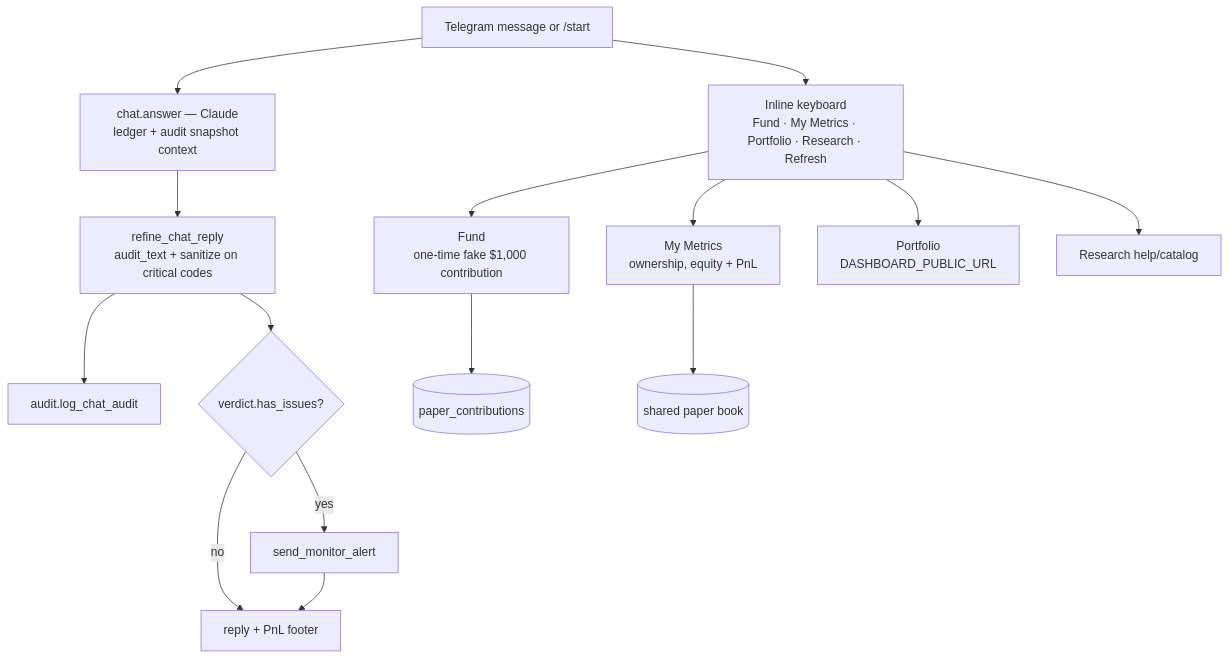
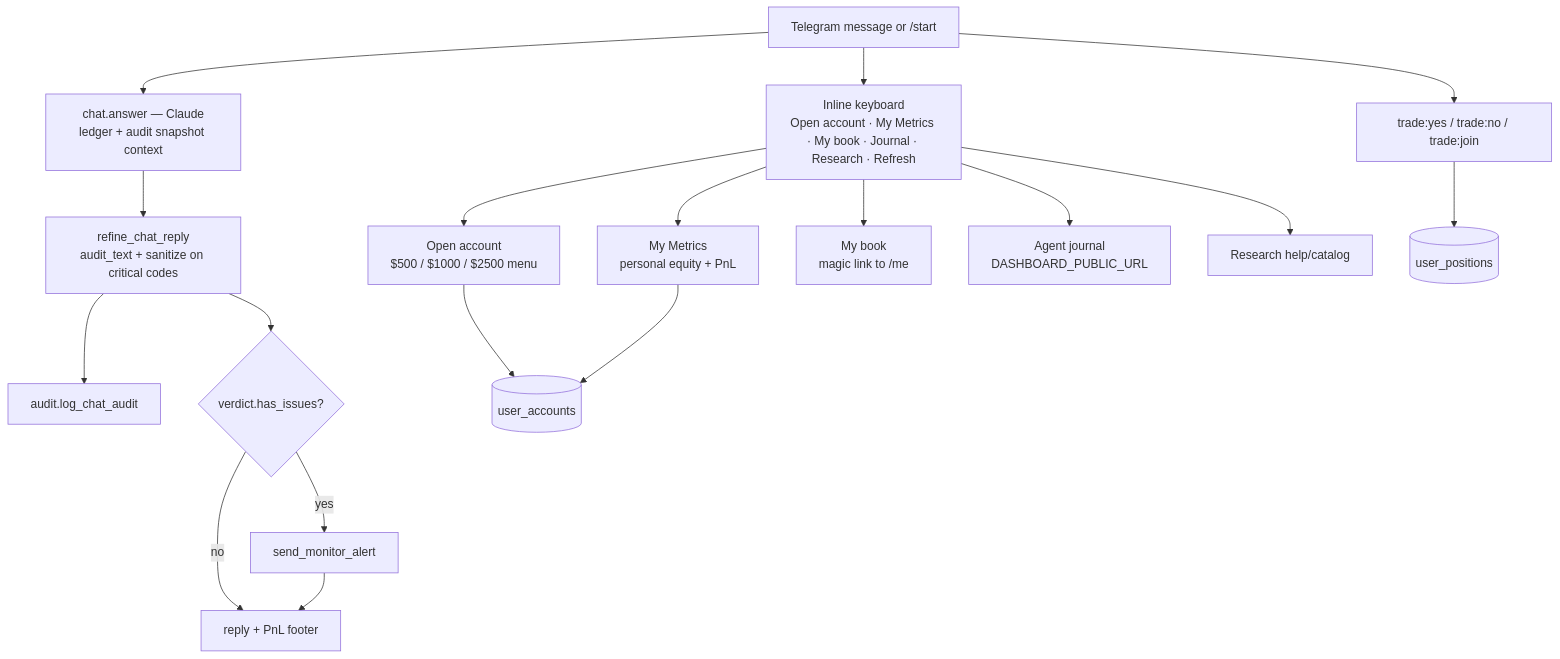
Before and after one commit to abagui11/eth-trading-bot: the fifth of 6 diagrams in deploy/PROJECT_STATE.md, drawn with Mermaid. The commit also changed other lines of this file and 37 other files, not shown here.

First line of the commit message:
Ship personal books, history vault SFP research, and ETH Z-Move alerts.

````diff
--- a/deploy/PROJECT_STATE.md
+++ b/deploy/PROJECT_STATE.md
@@ -173,17 +179,20 @@
 ```mermaid
 flowchart TD
-    TG[Telegram message or /start] --> KB[Inline keyboard<br/>Fund · My Metrics · Portfolio · Research · Refresh]
+    TG[Telegram message or /start] --> KB[Inline keyboard<br/>Open account · My Metrics · My book · Journal · Research · Refresh]
     TG --> QA[chat.answer — Claude<br/>ledger + audit snapshot context]
     QA --> CAR[refine_chat_reply<br/>audit_text + sanitize on critical codes]
     CAR --> CAI[audit.log_chat_audit]
     CAR --> AL{verdict.has_issues?}
     AL -->|yes| MA[send_monitor_alert]
     AL -->|no| REPLY[reply + PnL footer]
     MA --> REPLY
-    KB --> FUND[Fund<br/>one-time fake $1,000 contribution]
-    KB --> METRICS[My Metrics<br/>ownership, equity + PnL]
-    KB --> PORT[Portfolio<br/>DASHBOARD_PUBLIC_URL]
+    KB --> OPEN[Open account<br/>$500 / $1000 / $2500 menu]
+    KB --> METRICS[My Metrics<br/>personal equity + PnL]
+    KB --> ME[My book<br/>magic link to /me]
+    KB --> PORT[Agent journal<br/>DASHBOARD_PUBLIC_URL]
     KB --> RESEARCH[Research help/catalog]
-    FUND --> CONTRIB[(paper_contributions)]
-    METRICS --> BOOK[(shared paper book)]
+    OPEN --> ACCT[(user_accounts)]
+    METRICS --> ACCT
+    TG --> TRADE[trade:yes / trade:no / trade:join]
+    TRADE --> UPOS[(user_positions)]
 ```
````
